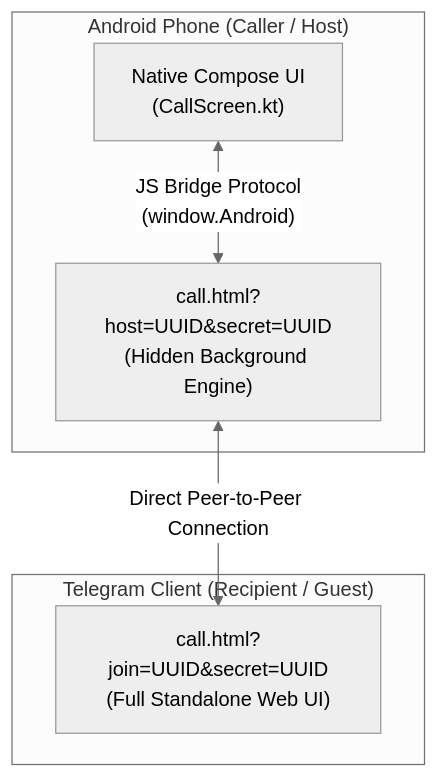
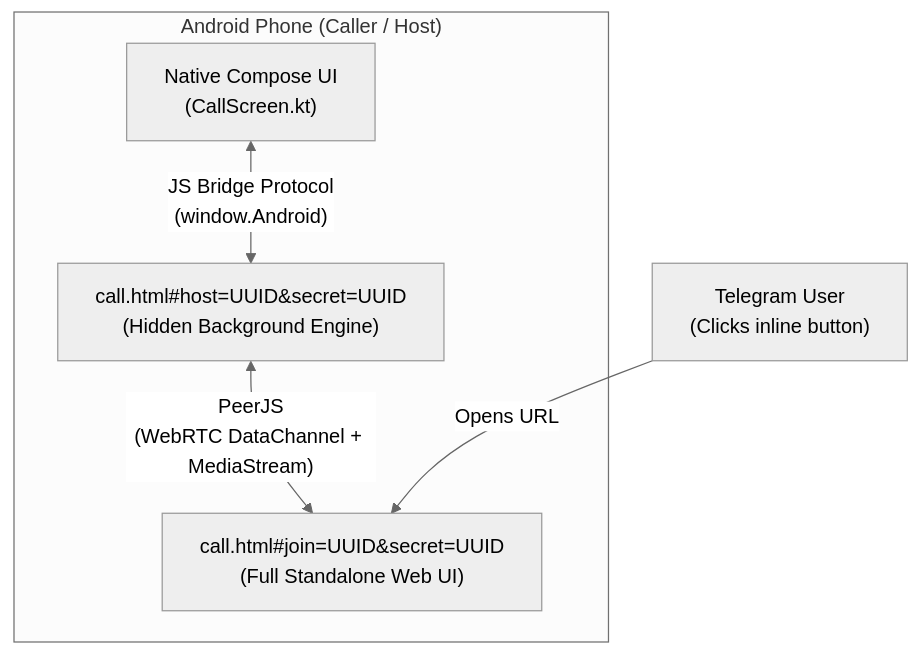
One commit to sandeshsahu/superiorchat changed the diagram in webrtc/README.md. Above: the diagram before and after it, drawn with Mermaid (neutral theme). The commit also changed other lines of this file and 8 other files, not shown here.

````diff
--- a/webrtc/README.md
+++ b/webrtc/README.md
@@ -39,12 +40,10 @@
 ```mermaid
 graph TD
     subgraph "Android Phone (Caller / Host)"
-        A["Native Compose UI<br/>(CallScreen.kt)"] <-->|"JS Bridge Protocol<br/>(window.Android)"| W1["call.html?host=UUID&secret=UUID<br/>(Hidden Background Engine)"]
+        A["Native Compose UI<br/>(CallScreen.kt)"] <-->|"JS Bridge Protocol<br/>(window.Android)"| W1["call.html#host=UUID&secret=UUID<br/>(Hidden Background Engine)"]
+        W1 <-->|"PeerJS<br/>(WebRTC DataChannel + MediaStream)"| W2
+        W2["call.html#join=UUID&secret=UUID<br/>(Full Standalone Web UI)"]
     end
     
-    subgraph "Telegram Client (Recipient / Guest)"
-        W2["call.html?join=UUID&secret=UUID<br/>(Full Standalone Web UI)"]
-    end
-    
-    W1 <-->|"Direct Peer-to-Peer Connection"| W2
+    T["Telegram User<br/>(Clicks inline button)"] -->|"Opens URL"| W2
 ```
````
